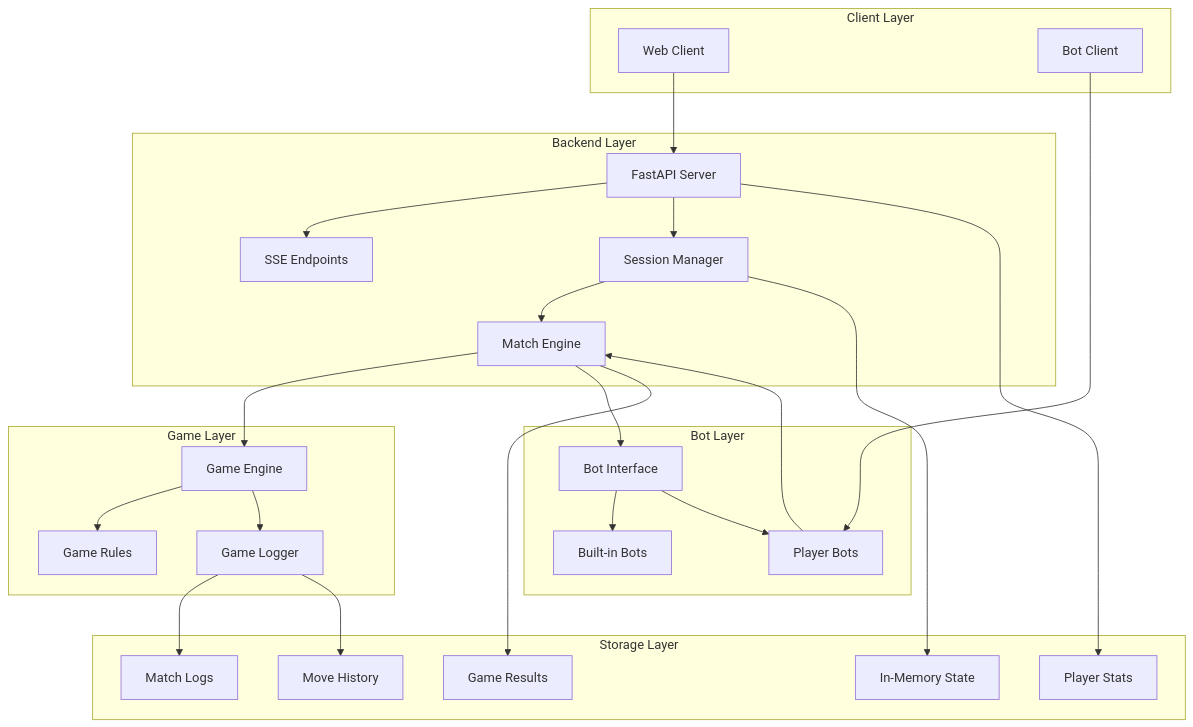
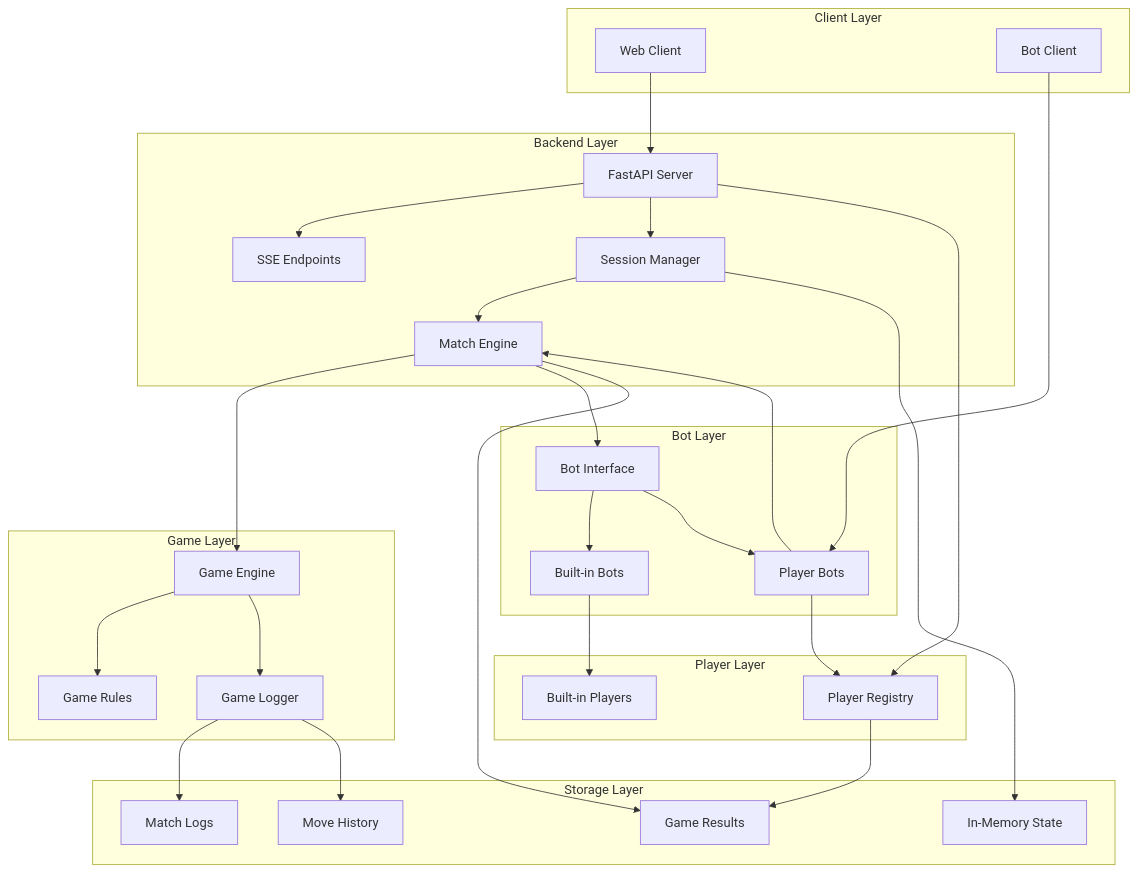
Before and after one commit to swex-camp2024-copilot/swex-camp-spellcaster: the diagram in .vibedev/specs/spellcasters-playground-backend/design.md, drawn with Mermaid. The commit also changed other lines of this file, not shown here.

Commit message:
spec v5 - Update player/bot assiociation

````diff
--- a/.vibedev/specs/spellcasters-playground-backend/design.md
+++ b/.vibedev/specs/spellcasters-playground-backend/design.md
@@ -19,52 +19,59 @@
 ```mermaid
 graph TB
     subgraph "Client Layer"
         WEB[Web Client]
         BOT[Bot Client]
     end
     
     subgraph "Backend Layer"
         API[FastAPI Server]
         SSE[SSE Endpoints]
         SESSION[Session Manager]
         MATCH[Match Engine]
     end
     
     subgraph "Game Layer"
         ENGINE[Game Engine]
         RULES[Game Rules]
         LOGGER[Game Logger]
     end
     
     subgraph "Bot Layer"
         INTERFACE[Bot Interface]
         BUILTIN[Built-in Bots]
-        PLAYER[Player Bots]
+        PLAYERBOT[Player Bots]
+    end
+    
+    subgraph "Player Layer"
+        PLAYERS[Player Registry]
+        BUILTINPLAYERS[Built-in Players]
     end
     
     subgraph "Storage Layer"
         MEMORY[In-Memory State]
         LOGS[Match Logs]
-        STATS[Player Stats]
         HISTORY[Move History]
         RESULTS[Game Results]
     end
     
     WEB --> API
-    BOT --> PLAYER
+    BOT --> PLAYERBOT
     API --> SSE
     API --> SESSION
+    API --> PLAYERS
     SESSION --> MATCH
     MATCH --> ENGINE
     MATCH --> INTERFACE
-    PLAYER --> MATCH
+    PLAYERBOT --> MATCH
+    PLAYERBOT --> PLAYERS
+    BUILTIN --> BUILTINPLAYERS
     ENGINE --> RULES
     ENGINE --> LOGGER
     INTERFACE --> BUILTIN
-    INTERFACE --> PLAYER
+    INTERFACE --> PLAYERBOT
     SESSION --> MEMORY
     LOGGER --> LOGS
     LOGGER --> HISTORY
-    API --> STATS
+    PLAYERS --> RESULTS
     MATCH --> RESULTS
 ```
````
